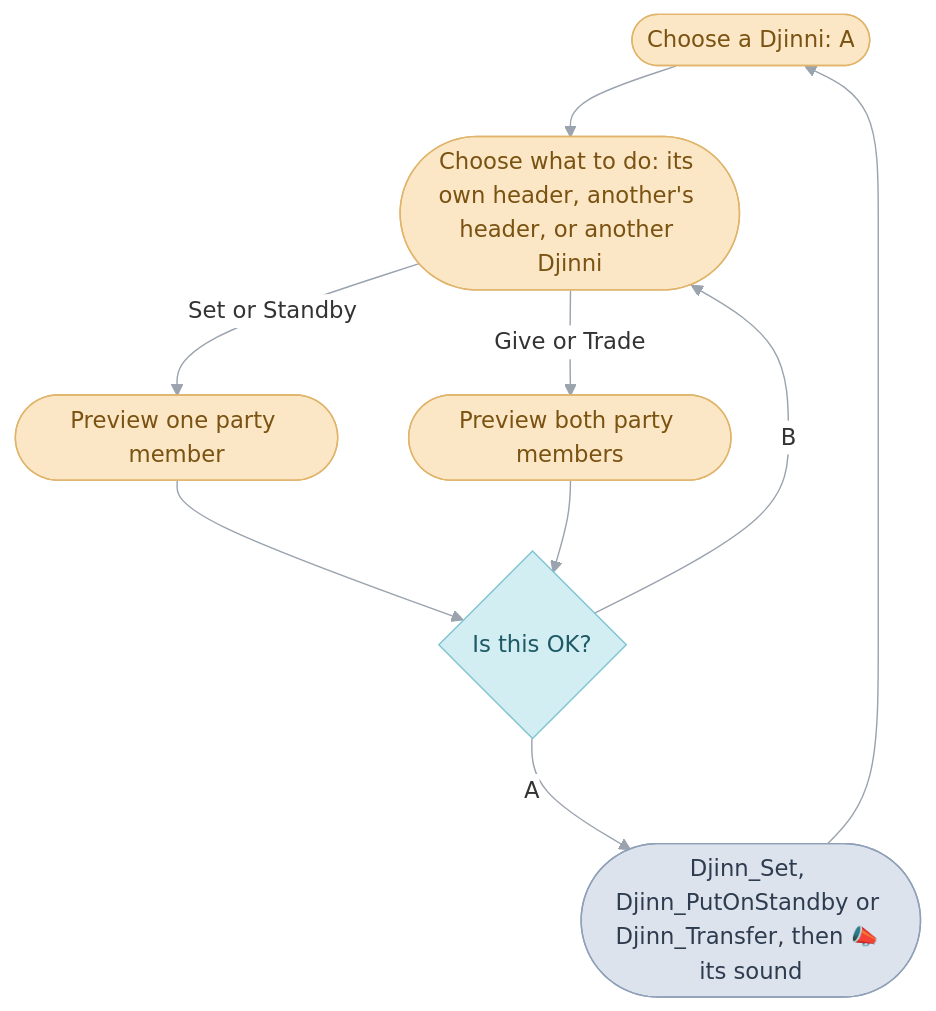
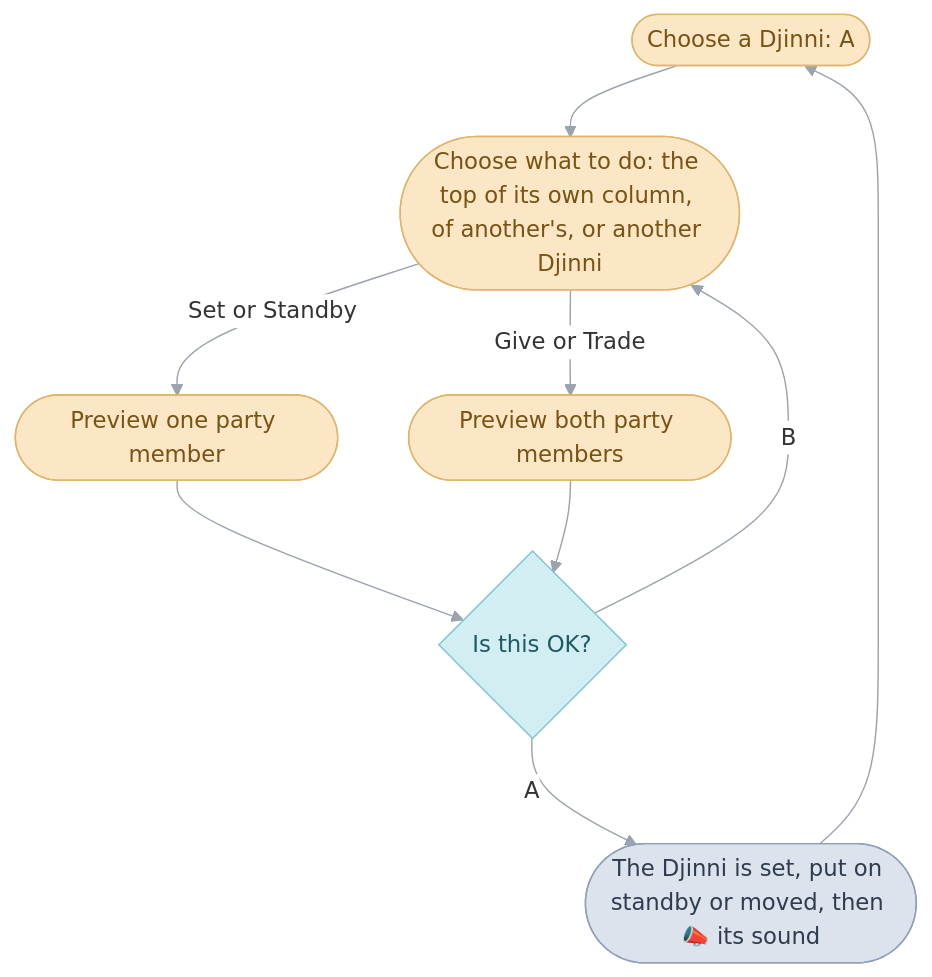
One commit to PascalPixel/alchemy changed the fourth of 5 diagrams in games/tbs/src/menu/README.md. Above: the diagram before and after it, drawn with Mermaid. The commit also changed other lines of this file and 21 other files, not shown here.

````diff
--- a/games/tbs/src/menu/README.md
+++ b/games/tbs/src/menu/README.md
@@ -357,17 +309,17 @@
 ```mermaid
 %%{init: {"theme": "base", "themeVariables": {"lineColor": "#9AA3AE", "edgeLabelBackground": "#FFFFFF"}, "flowchart": {"curve": "basis", "padding": 12}}}%%
 flowchart TD
-  pick(["Choose a Djinni: A"]) --> what(["Choose what to do: its own header, another's header, or another Djinni"])
+  pick(["Choose a Djinni: A"]) --> what(["Choose what to do: the top of its own column, of another's, or another Djinni"])
   what -- "Set or Standby" --> one(["Preview one party member"])
   what -- "Give or Trade" --> two(["Preview both party members"])
   one & two --> ok{"Is this OK?"}
-  ok -- "A" --> apply(["Djinn_Set, Djinn_PutOnStandby or Djinn_Transfer, then 📣 its sound"])
+  ok -- "A" --> apply(["The Djinni is set, put on standby or moved, then 📣 its sound"])
   ok -- "B" --> what
   apply --> pick
   classDef frame fill:#FBE7C6,stroke:#E0B46A,color:#7A5212
   classDef code fill:#DDE3EC,stroke:#8FA0B8,color:#2E3C50
   classDef check fill:#D2EEF3,stroke:#7FC3D0,color:#1E5966
   class pick,what,one,two frame
   class ok check
   class apply code
 ```
````
